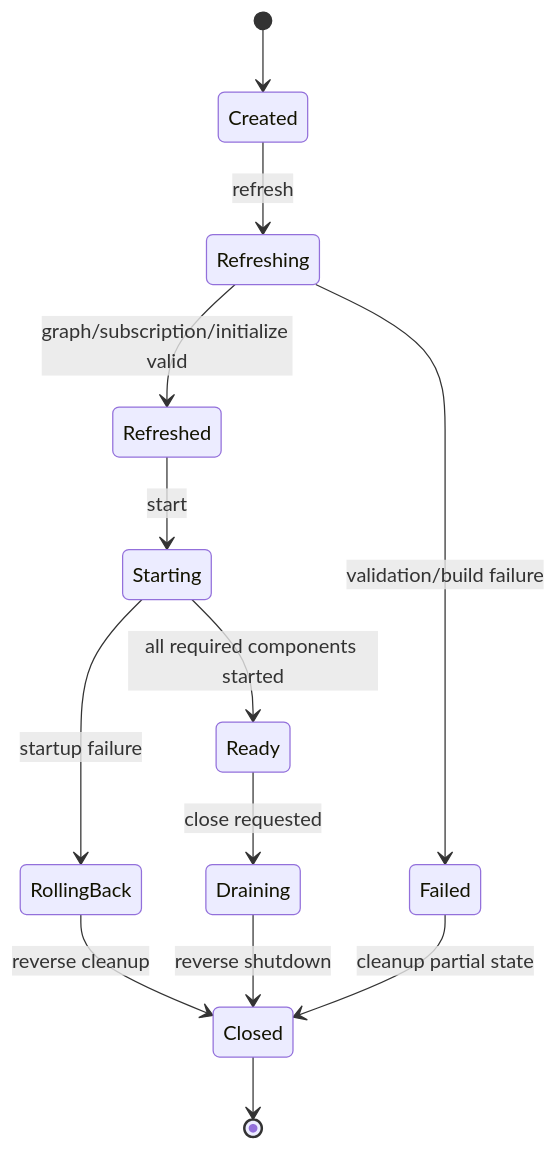
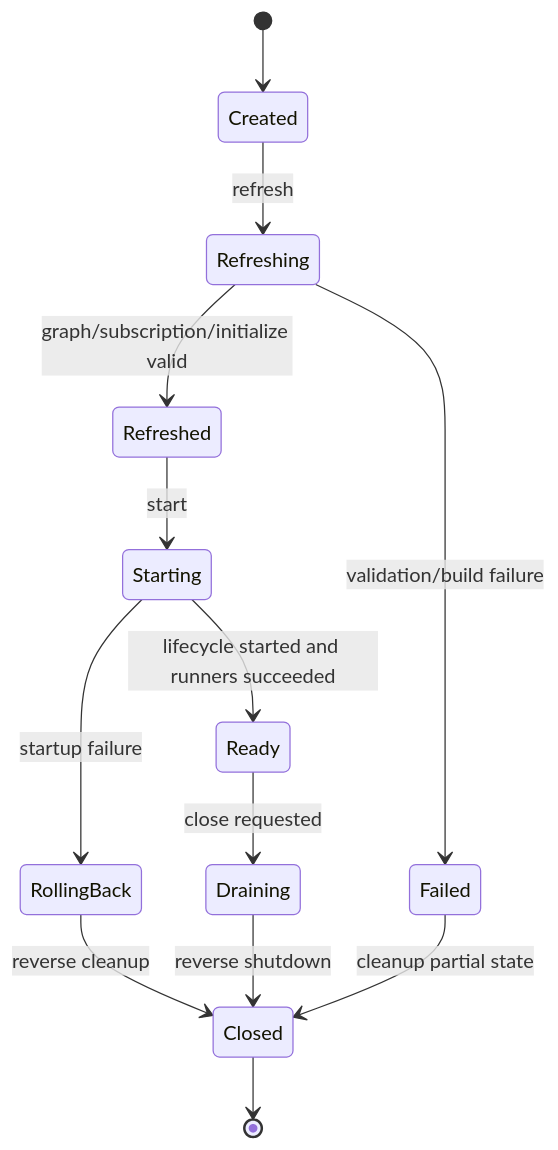
Diagram 16 of 25 in docs/Vernal-Architecture.zh_CN.md (easy-4-rust/vernal), drawn with Mermaid before and after one commit. The commit also changed other lines of this file and 36 other files, not shown here.

````diff
--- a/docs/Vernal-Architecture.zh_CN.md
+++ b/docs/Vernal-Architecture.zh_CN.md
@@ -997,15 +999,15 @@
 ```mermaid
 stateDiagram-v2
     [*] --> Created
     Created --> Refreshing: refresh
     Refreshing --> Refreshed: graph/subscription/initialize valid
     Refreshing --> Failed: validation/build failure
     Refreshed --> Starting: start
-    Starting --> Ready: all required components started
+    Starting --> Ready: lifecycle started and runners succeeded
     Starting --> RollingBack: startup failure
     Ready --> Draining: close requested
     RollingBack --> Closed: reverse cleanup
     Draining --> Closed: reverse shutdown
     Failed --> Closed: cleanup partial state
     Closed --> [*]
 ```
````
